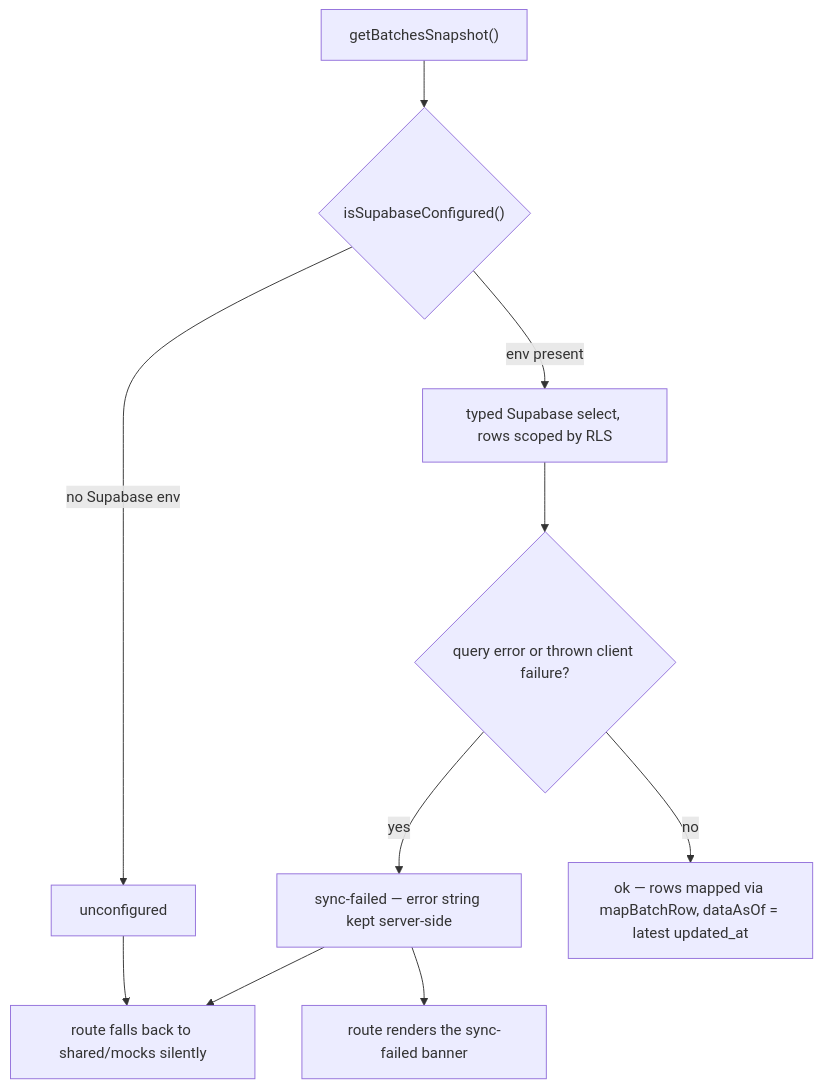
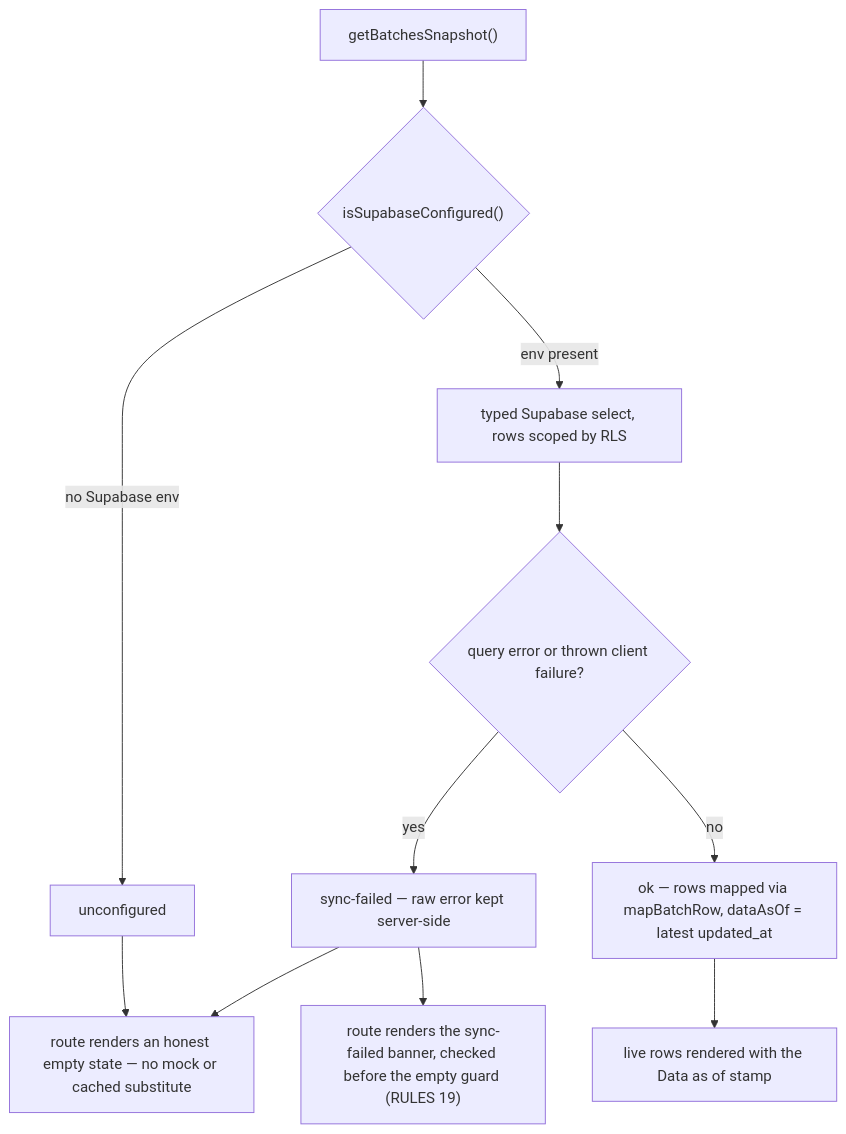
The second of 2 diagrams in openwiki/architecture/module-boundaries-and-data-pattern.md (shuakyle21/tesda-compliance-manager), drawn with Mermaid before and after one commit. The commit also changed other lines of this file and 11 other files, not shown here.

````diff
--- a/openwiki/architecture/module-boundaries-and-data-pattern.md
+++ b/openwiki/architecture/module-boundaries-and-data-pattern.md
@@ -157,12 +182,13 @@
 ```mermaid
 flowchart TD
     F["getBatchesSnapshot()"] --> C{"isSupabaseConfigured()"}
     C -- "no Supabase env" --> U["unconfigured"]
     C -- "env present" --> Q["typed Supabase select, rows scoped by RLS"]
     Q --> E{"query error or thrown client failure?"}
-    E -- "yes" --> SF["sync-failed — error string kept server-side"]
+    E -- "yes" --> SF["sync-failed — raw error kept server-side"]
     E -- "no" --> OK["ok — rows mapped via mapBatchRow, dataAsOf = latest updated_at"]
-    U --> FB["route falls back to shared/mocks silently"]
-    SF --> FB
-    SF --> BN["route renders the sync-failed banner"]
+    U --> E1["route renders an honest empty state — no mock or cached substitute"]
+    SF --> E1
+    SF --> BN["route renders the sync-failed banner, checked before the empty guard (RULES 19)"]
+    OK --> D["live rows rendered with the Data as of stamp"]
 ```
````
